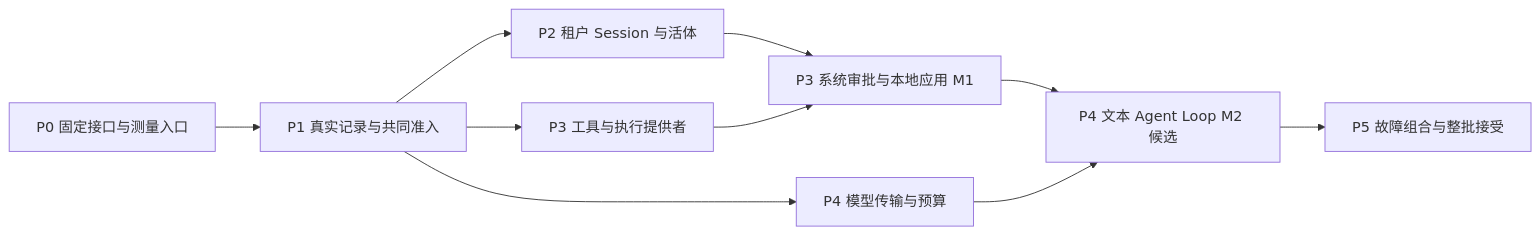
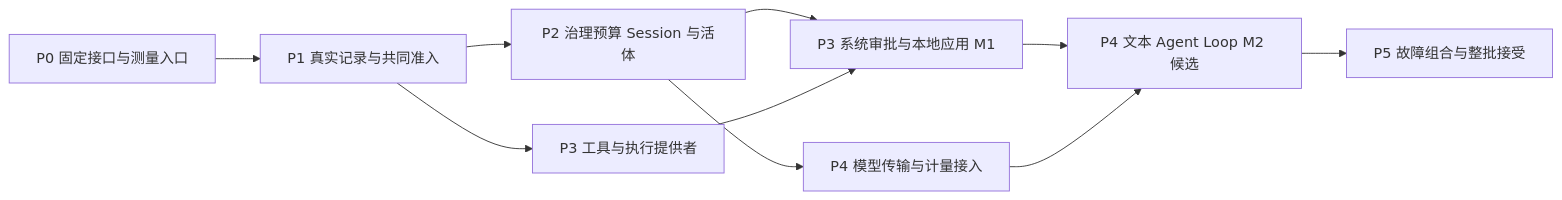
Before and after one commit to nemori-ai/omne-harness-lite: the diagram in docs/proposals/core-capabilities/implementation/plan.md, drawn with Mermaid. The commit also changed other lines of this file and 8 other files, not shown here.

````diff
--- a/docs/proposals/core-capabilities/implementation/plan.md
+++ b/docs/proposals/core-capabilities/implementation/plan.md
@@ -8,12 +8,12 @@
 ```mermaid
 flowchart LR
   P0["P0 固定接口与测量入口"] --> P1["P1 真实记录与共同准入"]
-  P1 --> P2["P2 租户 Session 与活体"]
+  P1 --> P2["P2 治理预算 Session 与活体"]
   P1 --> P3a["P3 工具与执行提供者"]
   P2 --> P3b["P3 系统审批与本地应用 M1"]
   P3a --> P3b
-  P1 --> P4a["P4 模型传输与预算"]
+  P2 --> P4a["P4 模型传输与计量接入"]
   P3b --> P4b["P4 文本 Agent Loop M2 候选"]
   P4a --> P4b
   P4b --> P5["P5 故障组合与整批接受"]
 ```
````
